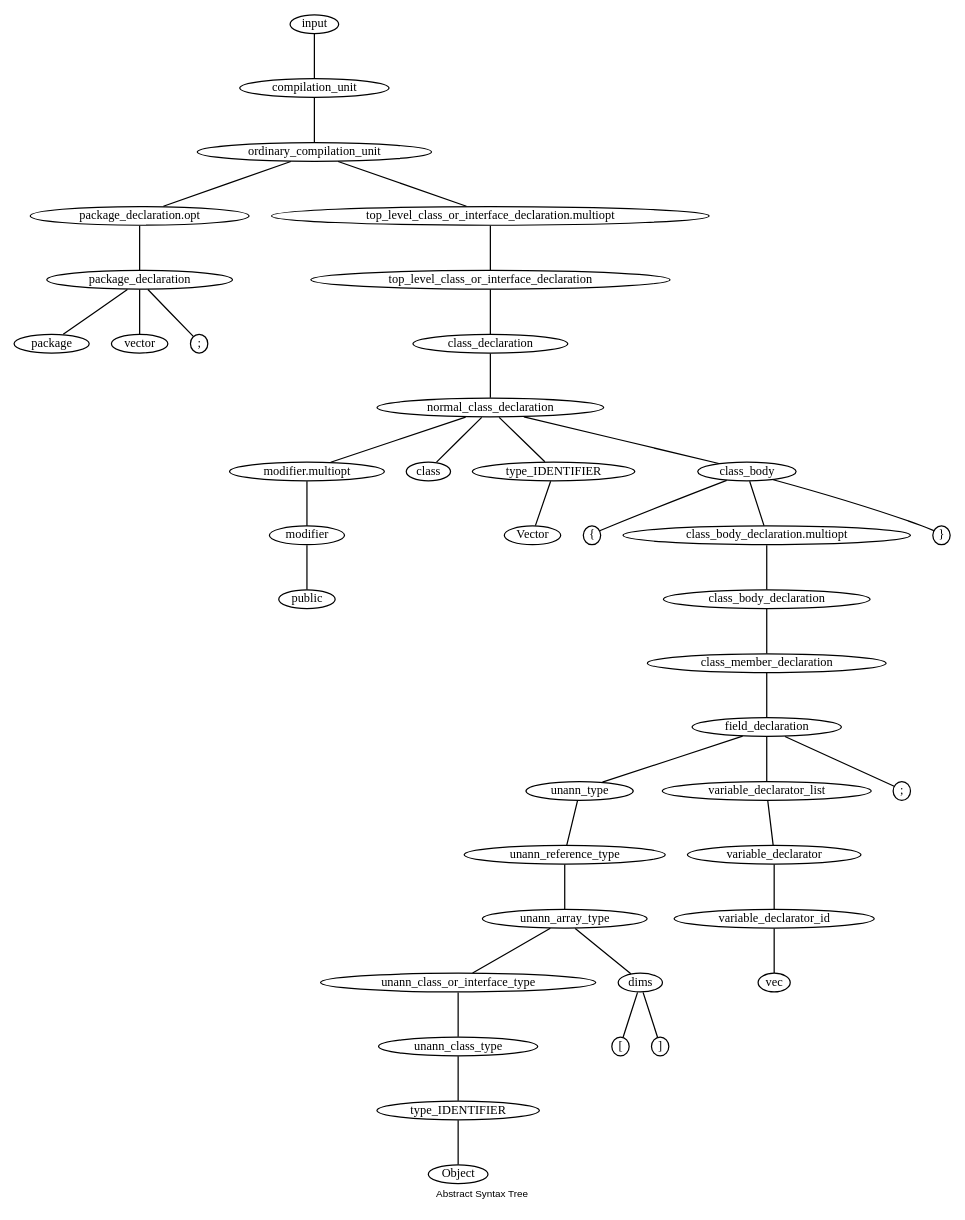
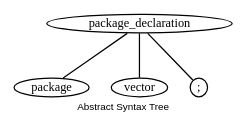
One commit to nsingla20/CS335A changed the diagram in milestone1/out.dot. Above: the diagram before and after it, drawn with Graphviz. The commit also changed 6 other files, not shown here.

Commit message:
fix graph and grammar

```diff
--- a/milestone1/out.dot
+++ b/milestone1/out.dot
@@ -1,171 +1,27 @@
 // dot -Tps out.dot -o out.ps
 
 graph "Abstract Syntax Tree"
 {
 	fontname="Helvetica,Arial,sans-serif"
 	node [fontsize=10, width=".2", height=".2", margin=0]
 	edge [fontsize=6]
 	graph[fontsize=8];
 
 	label="Abstract Syntax Tree"
 
-	n39 ;
-	n39 [label="input"] ;
-	n39 -- n38 ;
-
-	n38 ;
-	n38 [label="compilation_unit"] ;
-	n38 -- n37 ;
-
-	n37 ;
-	n37 [label="ordinary_compilation_unit"] ;
-	n37 -- n4 ;
-	n37 -- n36 ;
-
-	n4 ;
-	n4 [label="package_declaration.opt"] ;
-	n4 -- n0 ;
-
-	n36 ;
-	n36 [label="top_level_class_or_interface_declaration.multiopt"] ;
-	n36 -- n35 ;
-
 	n0 ;
 	n0 [label="package_declaration"] ;
 	n0 -- n1 ;
 	n0 -- n2 ;
 	n0 -- n3 ;
-
-	n35 ;
-	n35 [label="top_level_class_or_interface_declaration"] ;
-	n35 -- n34 ;
 
 	n1 ;
 	n1 [label="package"] ;
 
 	n2 ;
 	n2 [label="vector"] ;
 
 	n3 ;
 	n3 [label=";"] ;
 
-	n34 ;
-	n34 [label="class_declaration"] ;
-	n34 -- n32 ;
-
-	n32 ;
-	n32 [label="normal_class_declaration"] ;
-	n32 -- n7 ;
-	n32 -- n33 ;
-	n32 -- n8 ;
-	n32 -- n29 ;
-
-	n7 ;
-	n7 [label="modifier.multiopt"] ;
-	n7 -- n5 ;
-
-	n33 ;
-	n33 [label="class"] ;
-
-	n8 ;
-	n8 [label="type_IDENTIFIER"] ;
-	n8 -- n9 ;
-
-	n29 ;
-	n29 [label="class_body"] ;
-	n29 -- n30 ;
-	n29 -- n28 ;
-	n29 -- n31 ;
-
-	n5 ;
-	n5 [label="modifier"] ;
-	n5 -- n6 ;
-
-	n9 ;
-	n9 [label="Vector"] ;
-
-	n30 ;
-	n30 [label="{"] ;
-
-	n28 ;
-	n28 [label="class_body_declaration.multiopt"] ;
-	n28 -- n27 ;
-
-	n31 ;
-	n31 [label="}"] ;
-
-	n6 ;
-	n6 [label="public"] ;
-
-	n27 ;
-	n27 [label="class_body_declaration"] ;
-	n27 -- n26 ;
-
-	n26 ;
-	n26 [label="class_member_declaration"] ;
-	n26 -- n24 ;
-
-	n24 ;
-	n24 [label="field_declaration"] ;
-	n24 -- n19 ;
-	n24 -- n23 ;
-	n24 -- n25 ;
-
-	n19 ;
-	n19 [label="unann_type"] ;
-	n19 -- n18 ;
-
-	n23 ;
-	n23 [label="variable_declarator_list"] ;
-	n23 -- n22 ;
-
-	n25 ;
-	n25 [label=";"] ;
-
-	n18 ;
-	n18 [label="unann_reference_type"] ;
-	n18 -- n17 ;
-
-	n22 ;
-	n22 [label="variable_declarator"] ;
-	n22 -- n20 ;
-
-	n17 ;
-	n17 [label="unann_array_type"] ;
-	n17 -- n13 ;
-	n17 -- n14 ;
-
-	n20 ;
-	n20 [label="variable_declarator_id"] ;
-	n20 -- n21 ;
-
-	n13 ;
-	n13 [label="unann_class_or_interface_type"] ;
-	n13 -- n12 ;
-
-	n14 ;
-	n14 [label="dims"] ;
-	n14 -- n15 ;
-	n14 -- n16 ;
-
-	n21 ;
-	n21 [label="vec"] ;
-
-	n12 ;
-	n12 [label="unann_class_type"] ;
-	n12 -- n10 ;
-
-	n15 ;
-	n15 [label="["] ;
-
-	n16 ;
-	n16 [label="]"] ;
-
-	n10 ;
-	n10 [label="type_IDENTIFIER"] ;
-	n10 -- n11 ;
-
-	n11 ;
-	n11 [label="Object"] ;
-
 }
```
